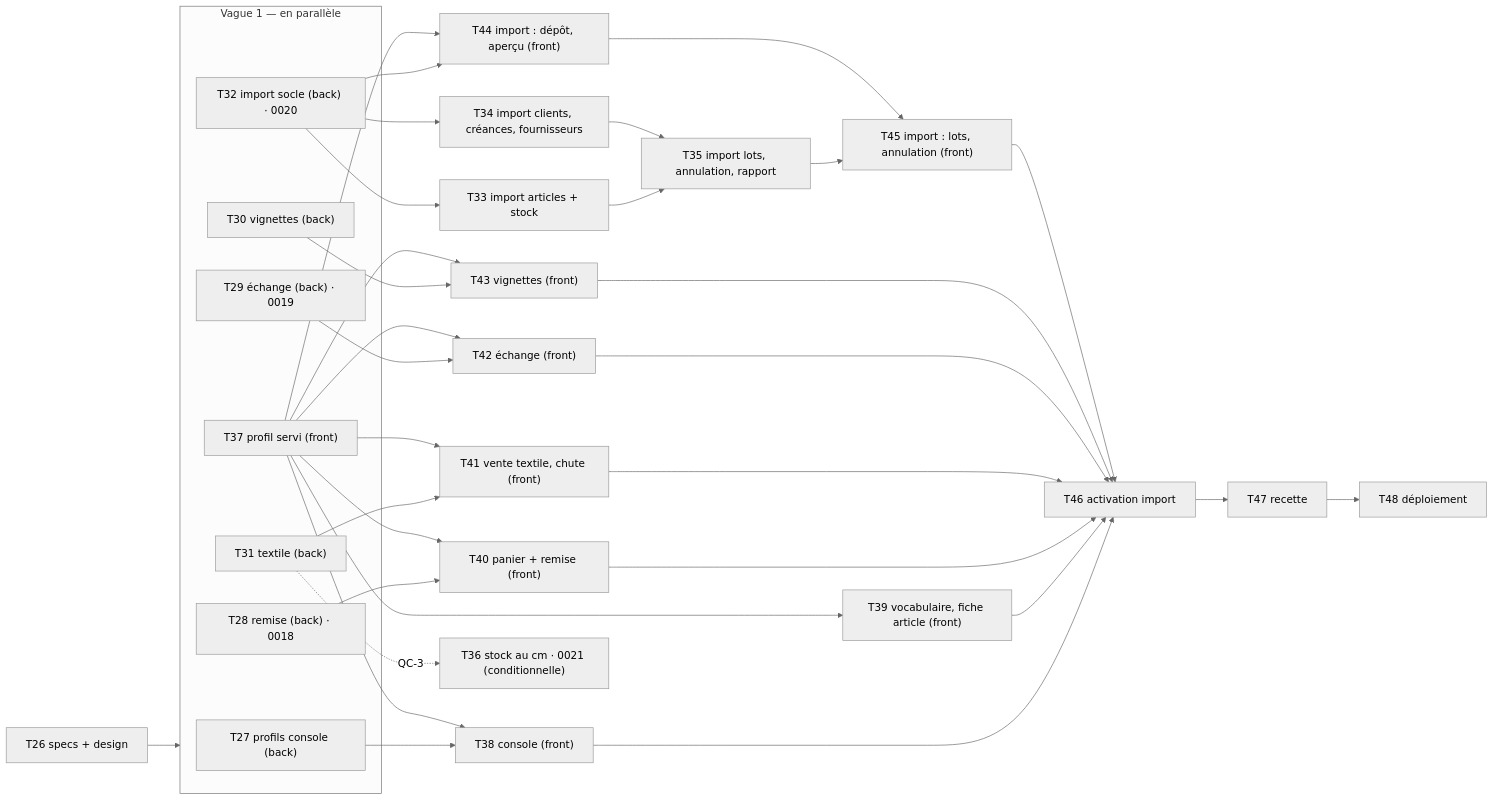
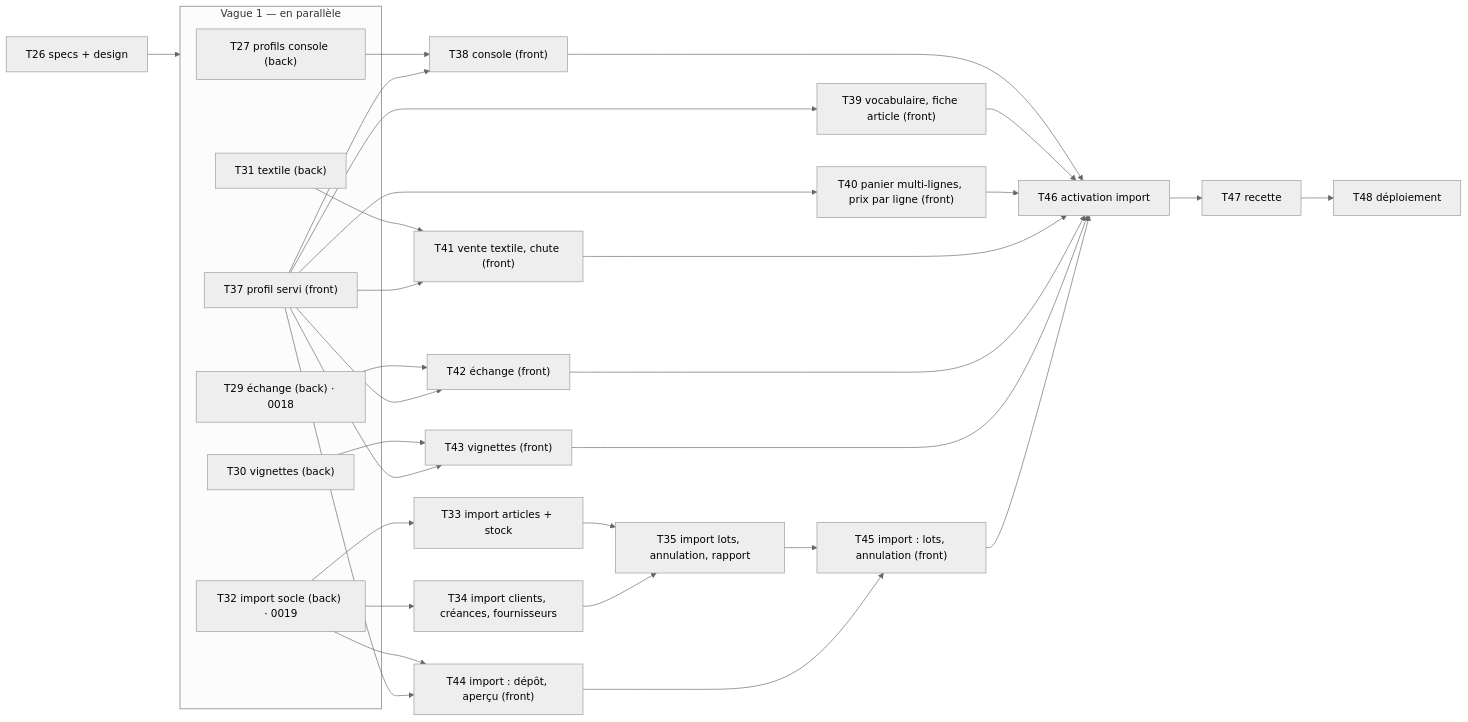
The diagram in docs/plan-lot3.md (diddifreecmr-droid/gestion-de-boutique), drawn with Mermaid (neutral theme) before and after one commit. The commit also changed other lines of this file, not shown here.

First line of the commit message:
wip(t26): plan du Lot 3 — décisions du client intégrées, T28 et T36 supprimées, T40 sans remise, migrations 0018/0019

````diff
--- a/docs/plan-lot3.md
+++ b/docs/plan-lot3.md
@@ -38,26 +53,24 @@
 ```mermaid
 flowchart LR
     T26["T26 specs + design"] --> V1
     subgraph V1["Vague 1 — en parallèle"]
         T27["T27 profils console (back)"]
-        T28["T28 remise (back) · 0018"]
-        T29["T29 échange (back) · 0019"]
+        T29["T29 échange (back) · 0018"]
         T30["T30 vignettes (back)"]
         T31["T31 textile (back)"]
-        T32["T32 import socle (back) · 0020"]
+        T32["T32 import socle (back) · 0019"]
         T37["T37 profil servi (front)"]
     end
     T32 --> T33["T33 import articles + stock"] & T34["T34 import clients, créances, fournisseurs"]
     T33 & T34 --> T35["T35 import lots, annulation, rapport"]
     T27 & T37 --> T38["T38 console (front)"]
     T37 --> T39["T39 vocabulaire, fiche article (front)"]
-    T28 & T37 --> T40["T40 panier + remise (front)"]
+    T37 --> T40["T40 panier multi-lignes, prix par ligne (front)"]
     T31 & T37 --> T41["T41 vente textile, chute (front)"]
     T29 & T37 --> T42["T42 échange (front)"]
     T30 & T37 --> T43["T43 vignettes (front)"]
     T32 & T37 --> T44["T44 import : dépôt, aperçu (front)"]
     T35 & T44 --> T45["T45 import : lots, annulation (front)"]
-    T31 -.QC-3.-> T36["T36 stock au cm · 0021 (conditionnelle)"]
     T38 & T39 & T40 & T41 & T42 & T43 & T45 --> T46["T46 activation import"]
     T46 --> T47["T47 recette"] --> T48["T48 déploiement"]
 ```
````
